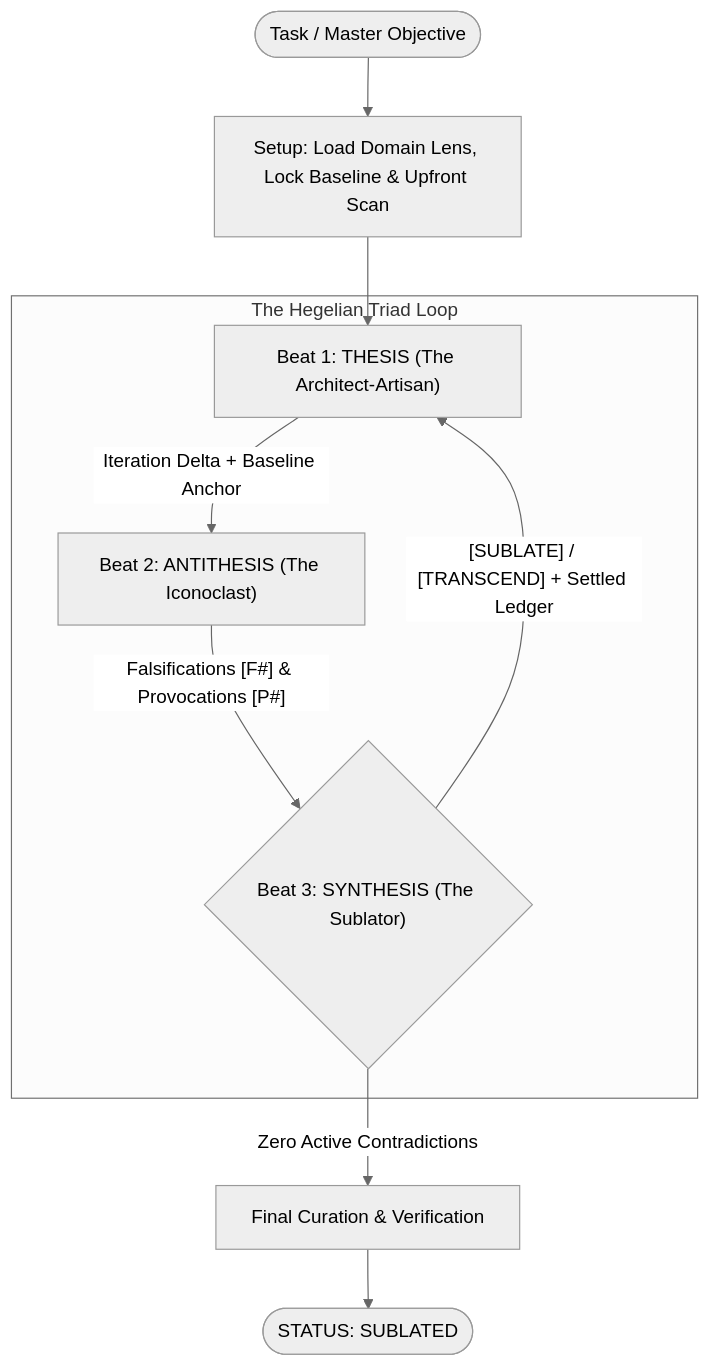
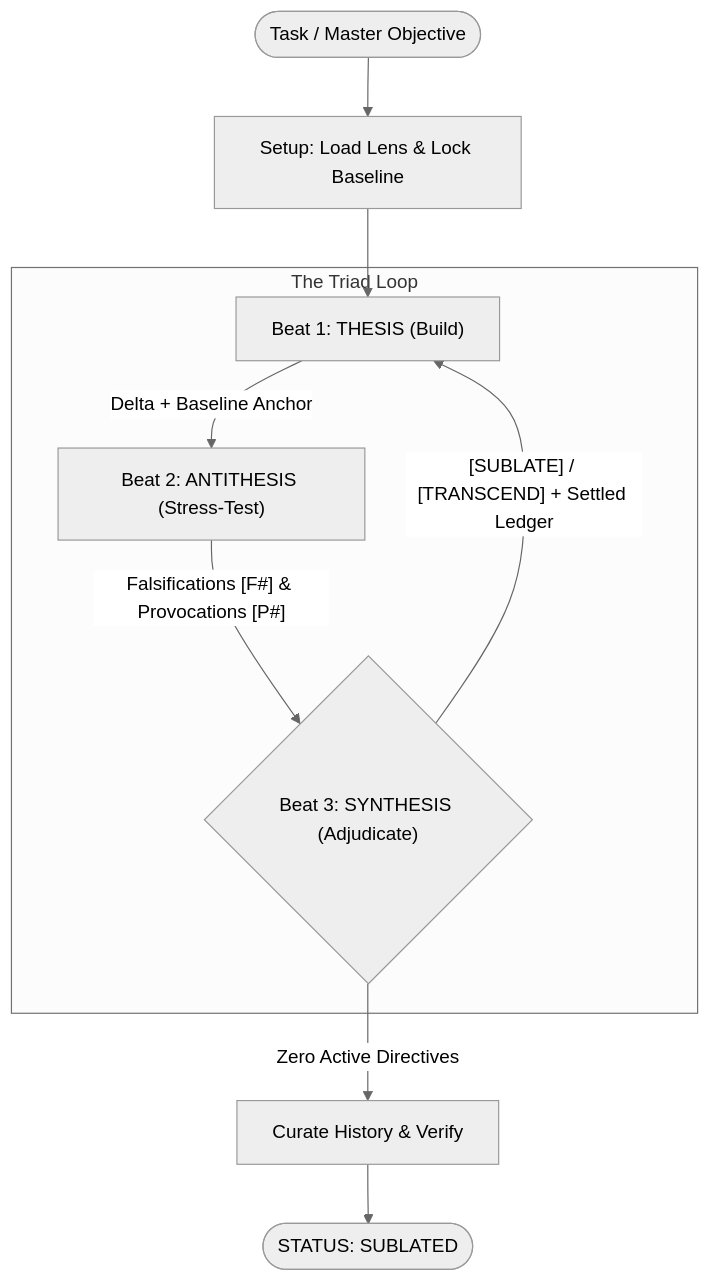
The diagram in README.md (jessetane/sublate), drawn with Mermaid (neutral theme) before and after one commit. The commit also changed other lines of this file, not shown here.

````diff
--- a/README.md
+++ b/README.md
@@ -16,14 +15,14 @@
 ```mermaid
 flowchart TD
-    Start(["Task / Master Objective"]) --> Setup["Setup: Load Domain Lens, Lock Baseline & Upfront Scan"]
-    Setup --> Thesis["Beat 1: THESIS (The Architect-Artisan)"]
+    Start(["Task / Master Objective"]) --> Setup["Setup: Load Lens & Lock Baseline"]
+    Setup --> Thesis["Beat 1: THESIS (Build)"]
 
-    subgraph TriadLoop ["The Hegelian Triad Loop"]
-        Thesis -->|"Iteration Delta + Baseline Anchor"| Antithesis["Beat 2: ANTITHESIS (The Iconoclast)"]
-        Antithesis -->|"Falsifications [F#] & Provocations [P#]"| Synthesis{"Beat 3: SYNTHESIS (The Sublator)"}
+    subgraph TriadLoop ["The Triad Loop"]
+        Thesis -->|"Delta + Baseline Anchor"| Antithesis["Beat 2: ANTITHESIS (Stress-Test)"]
+        Antithesis -->|"Falsifications [F#] & Provocations [P#]"| Synthesis{"Beat 3: SYNTHESIS (Adjudicate)"}
         Synthesis -->|"[SUBLATE] / [TRANSCEND] + Settled Ledger"| Thesis
     end
 
-    Synthesis -->|"Zero Active Contradictions"| Curate["Final Curation & Verification"]
+    Synthesis -->|"Zero Active Directives"| Curate["Curate History & Verify"]
     Curate --> Complete(["STATUS: SUBLATED"])
 ```
````
